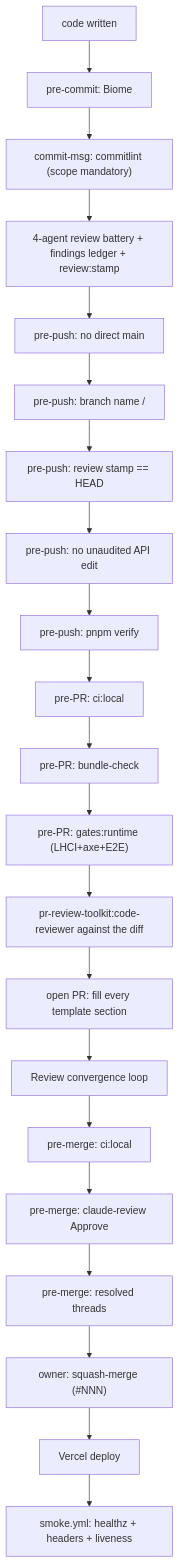
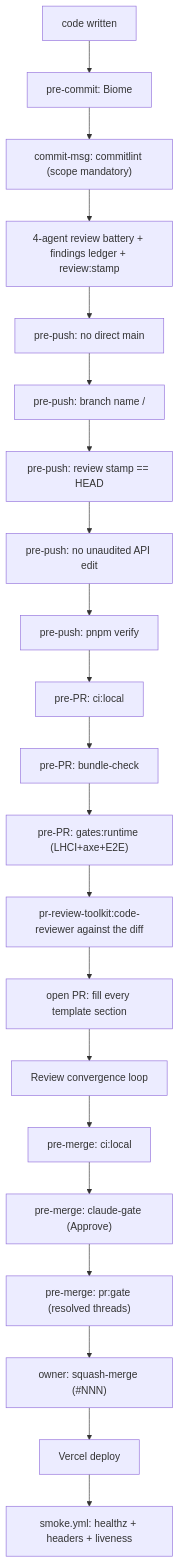
The first of 3 diagrams in docs/handbook/review-merge-release.md (erikunha/portfolio), drawn with Mermaid before and after one commit. The commit also changed other lines of this file and 9 other files, not shown here.

````diff
--- a/docs/handbook/review-merge-release.md
+++ b/docs/handbook/review-merge-release.md
@@ -7,23 +7,23 @@
 ```mermaid
 flowchart TD
     write["code written"] --> c1["pre-commit: Biome"]
     c1 --> c2["commit-msg: commitlint (scope mandatory)"]
     c2 --> battery["4-agent review battery + findings ledger + review:stamp"]
     battery --> p1["pre-push: no direct main"]
     p1 --> p2["pre-push: branch name <type>/<desc>"]
     p2 --> p3["pre-push: review stamp == HEAD"]
     p3 --> p4["pre-push: no unaudited API edit"]
     p4 --> p5["pre-push: pnpm verify"]
     p5 --> r1["pre-PR: ci:local"]
     r1 --> r2["pre-PR: bundle-check"]
     r2 --> r4["pre-PR: gates:runtime (LHCI+axe+E2E)"]
     r4 --> r5["pr-review-toolkit:code-reviewer against the diff"]
     r5 --> o1["open PR: fill every template section"]
     o1 --> o2["Review convergence loop"]
     o2 --> m1["pre-merge: ci:local"]
-    m1 --> m3["pre-merge: claude-review Approve"]
-    m3 --> m4["pre-merge: resolved threads"]
+    m1 --> m3["pre-merge: claude-gate (Approve)"]
+    m3 --> m4["pre-merge: pr:gate (resolved threads)"]
     m4 --> merge["owner: squash-merge (#NNN)"]
     merge --> deploy["Vercel deploy"]
     deploy --> smoke["smoke.yml: healthz + headers + liveness"]
 ```
````
